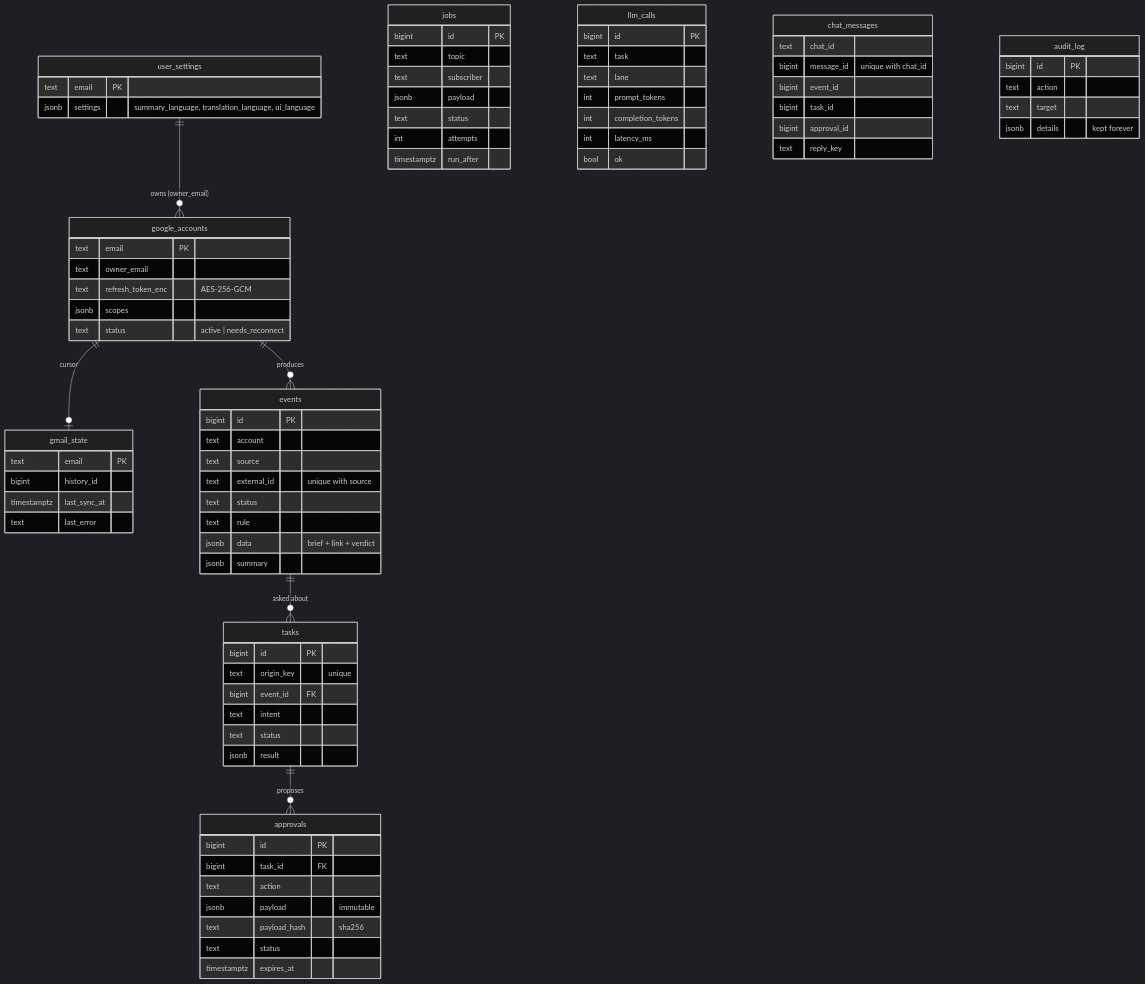
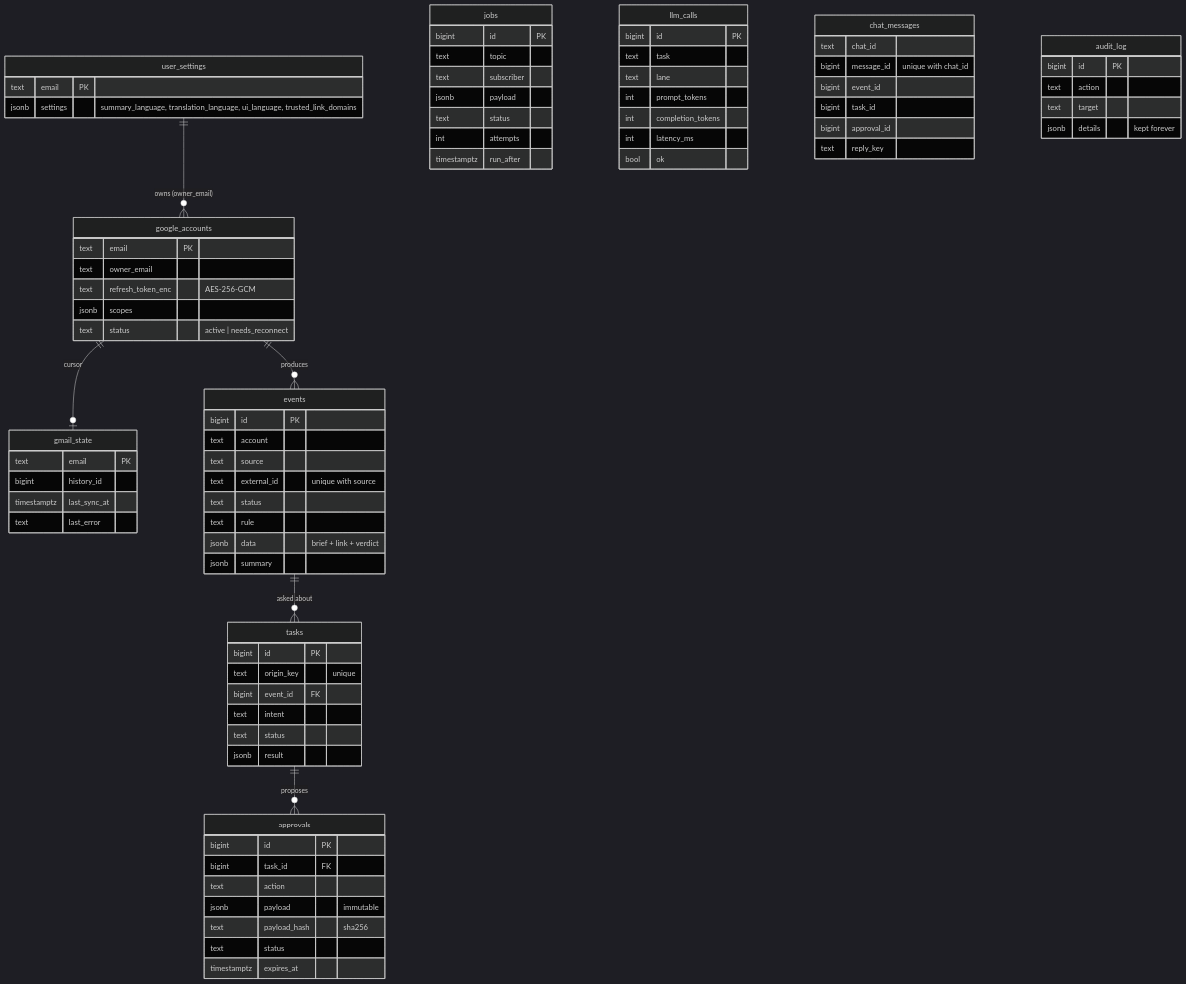
Before and after one commit to huydt84/google-management: the ninth of 12 diagrams in docs/architecture.md, drawn with Mermaid (dark theme). The commit also changed other lines of this file and 29 other files, not shown here.

```diff
--- a/docs/architecture.md
+++ b/docs/architecture.md
@@ -385,7 +385,7 @@
     }
     user_settings {
         text email PK
-        jsonb settings "summary_language, translation_language, ui_language"
+        jsonb settings "summary_language, translation_language, ui_language, trusted_link_domains"
     }
     events {
         bigint id PK
```
